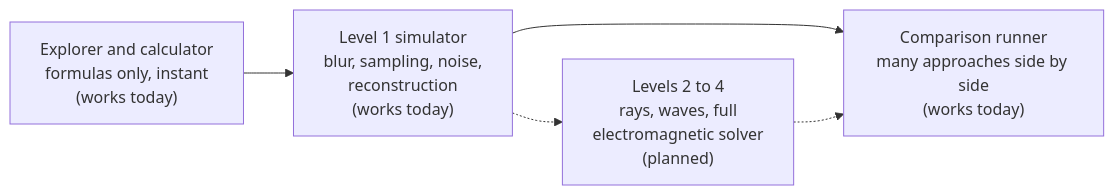
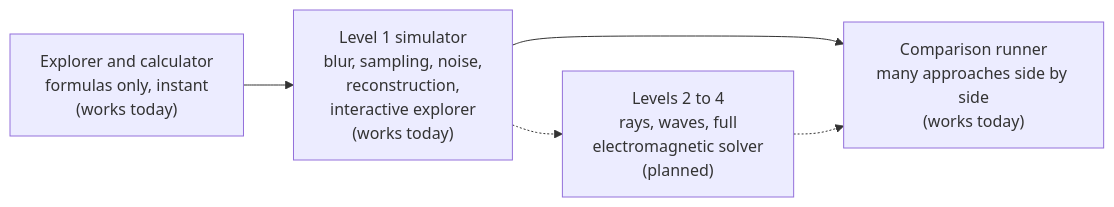
One commit to mithro/ccd-superres changed the diagram in docs/getting-started.md. Above: the diagram before and after it, drawn with Mermaid. The commit also changed other lines of this file and 16 other files, not shown here.

First line of the commit message:
Interactive explorer: a page that reruns the real simulator on every change

````diff
--- a/docs/getting-started.md
+++ b/docs/getting-started.md
@@ -54,10 +54,10 @@
 ```mermaid
 flowchart LR
     E["Explorer and calculator<br/>formulas only, instant<br/>(works today)"]
-    L1["Level 1 simulator<br/>blur, sampling, noise,<br/>reconstruction<br/>(works today)"]
+    L1["Level 1 simulator<br/>blur, sampling, noise,<br/>reconstruction,<br/>interactive explorer<br/>(works today)"]
     C["Comparison runner<br/>many approaches side by side<br/>(works today)"]
     W["Levels 2 to 4<br/>rays, waves, full<br/>electromagnetic solver<br/>(planned)"]
     E --> L1 --> C
     L1 -.-> W
     W -.-> C
 ```
````
